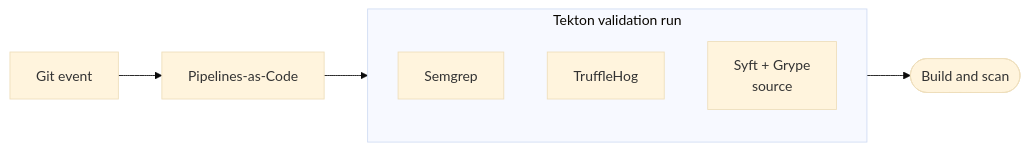
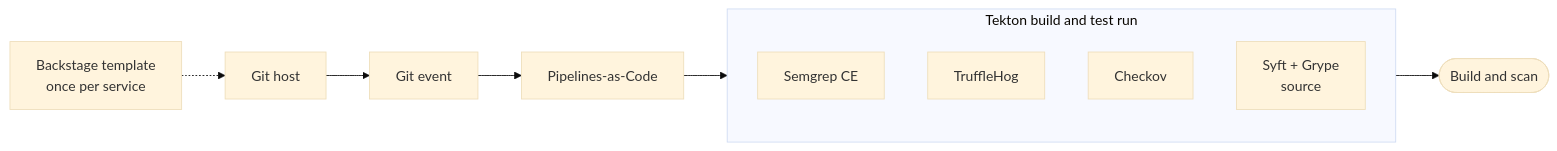
The third of 7 diagrams in content/en/docs/reference-architectures/open-source-ssdf-cicd.md (andymotta/Platform-Engineering), drawn with Mermaid (base theme) before and after one commit. The commit also changed other lines of this file, not shown here.

First line of the commit message:
docs: revise the open source SSDF reference architecture

````diff
--- a/content/en/docs/reference-architectures/open-source-ssdf-cicd.md
+++ b/content/en/docs/reference-architectures/open-source-ssdf-cicd.md
@@ -74,11 +106,12 @@
 ```mermaid
 flowchart LR
-    subgraph VAL["Tekton validation run"]
+    subgraph BT["Tekton build and test run"]
         direction TB
-        S["Semgrep"]
+        S["Semgrep CE"]
         T["TruffleHog"]
+        K["Checkov"]
         SG["Syft + Grype<br/>source"]
     end
-    E["Git event"] --> P["Pipelines-as-Code"] --> VAL
-    VAL --> N(["Build and scan"])
+    O["Backstage template<br/>once per service"] -.-> GH["Git host"] --> E["Git event"] --> P["Pipelines-as-Code"] --> BT
+    BT --> N(["Build and scan"])
 ```
````
